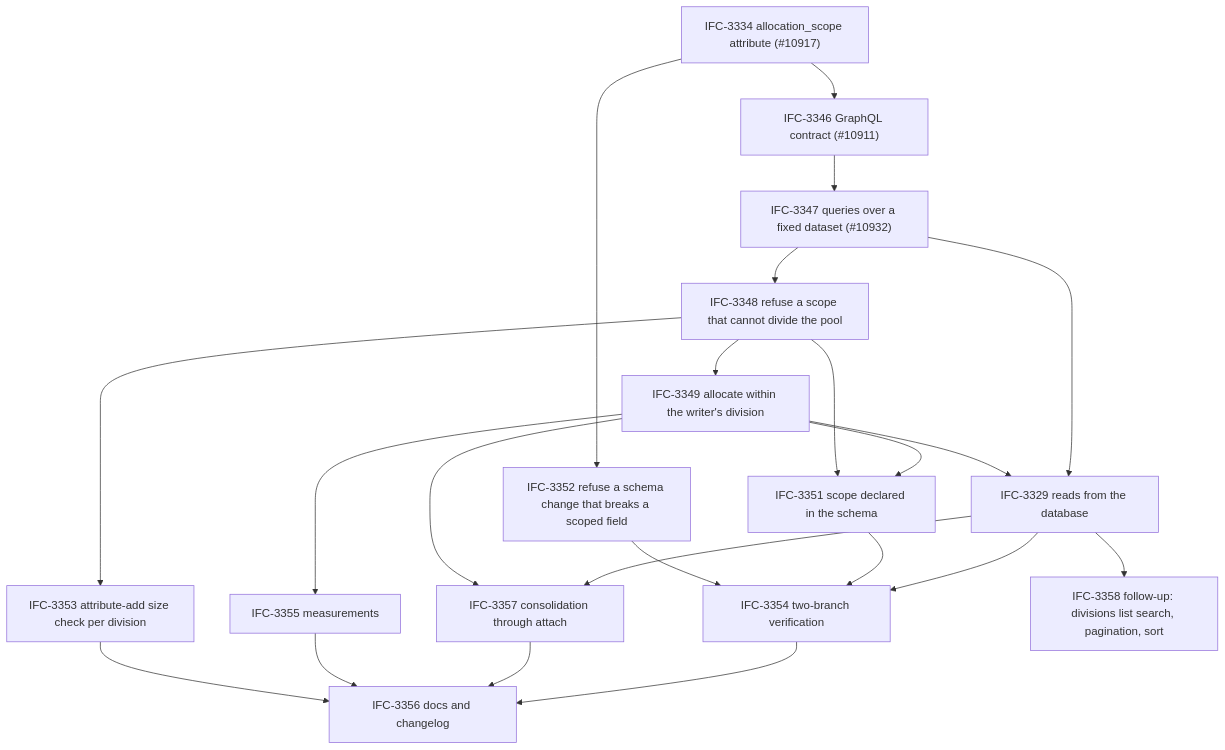
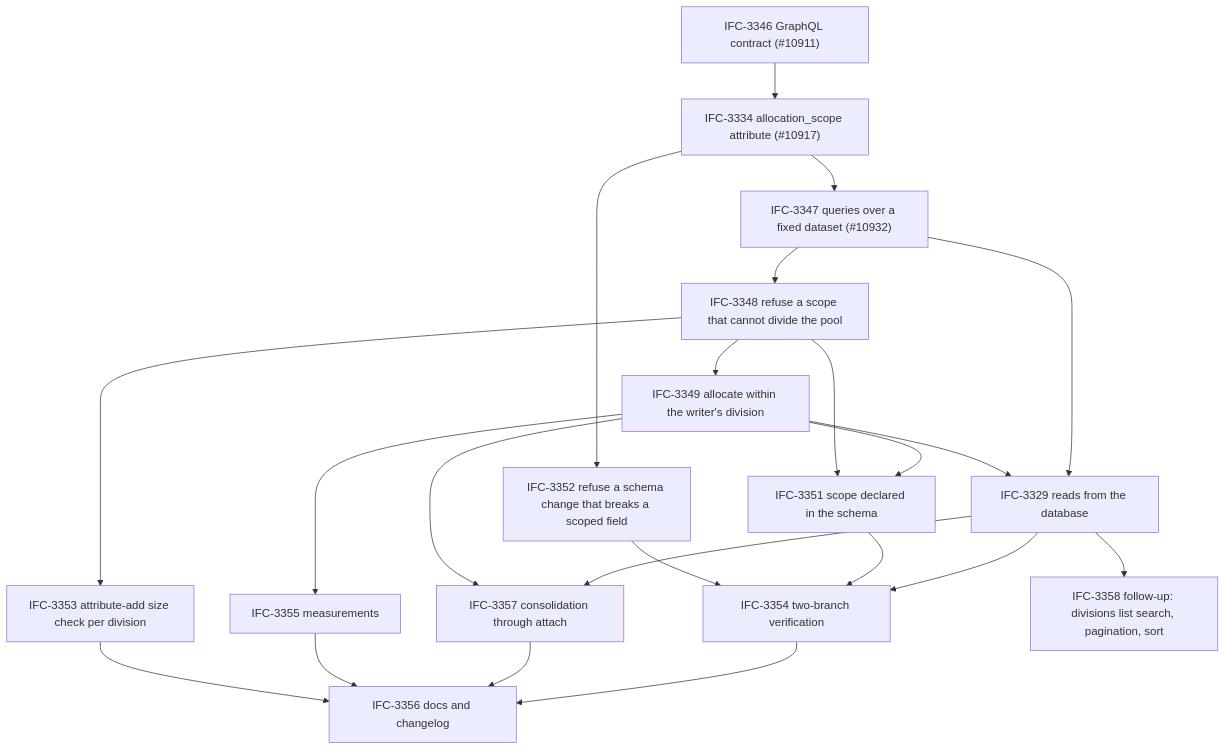
The diagram in dev/specs/ifc-3185-scoped-number-pools/tasks.md (opsmill/infrahub), drawn with Mermaid before and after one commit. The commit also changed other lines of this file and 7 other files, not shown here.

````diff
--- a/dev/specs/ifc-3185-scoped-number-pools/tasks.md
+++ b/dev/specs/ifc-3185-scoped-number-pools/tasks.md
@@ -777,29 +820,29 @@
 ```mermaid
 flowchart TD
   T3334["IFC-3334 allocation_scope attribute (#10917)"]
   T3346["IFC-3346 GraphQL contract (#10911)"]
   T3347["IFC-3347 queries over a fixed dataset (#10932)"]
   T3348["IFC-3348 refuse a scope that cannot divide the pool"]
   T3352["IFC-3352 refuse a schema change that breaks a scoped field"]
   T3349["IFC-3349 allocate within the writer's division"]
   T3353["IFC-3353 attribute-add size check per division"]
   T3351["IFC-3351 scope declared in the schema"]
   T3329["IFC-3329 reads from the database"]
   T3357["IFC-3357 consolidation through attach"]
   T3355["IFC-3355 measurements"]
   T3354["IFC-3354 two-branch verification"]
   T3356["IFC-3356 docs and changelog"]
   T3358["IFC-3358 follow-up: divisions list search, pagination, sort"]
 
-  T3334 --> T3346 --> T3347 --> T3348 --> T3349 --> T3329
+  T3346 --> T3334 --> T3347 --> T3348 --> T3349 --> T3329
   T3334 --> T3352 --> T3354
   T3347 --> T3329
   T3348 --> T3351
   T3348 --> T3353 --> T3356
   T3349 --> T3351 --> T3354
   T3349 --> T3355 --> T3356
   T3349 --> T3357
   T3329 --> T3357 --> T3356
   T3329 --> T3354 --> T3356
   T3329 --> T3358
 ```
````
